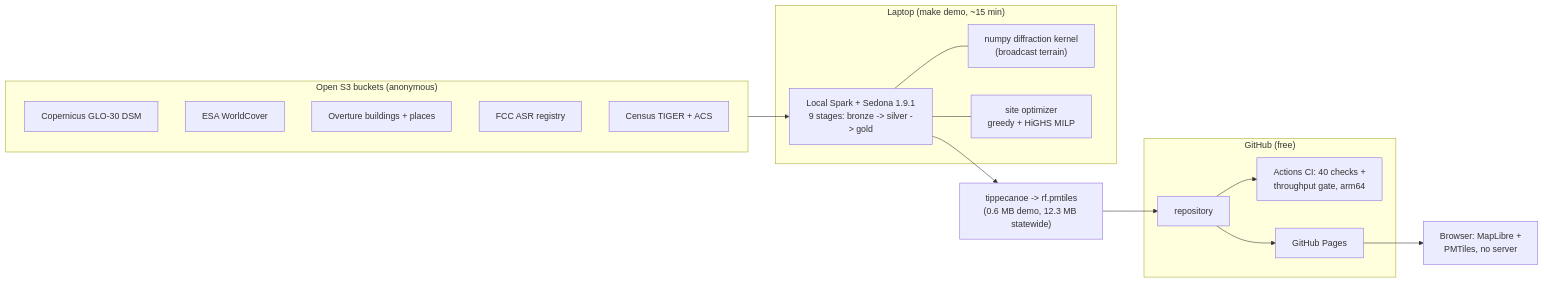
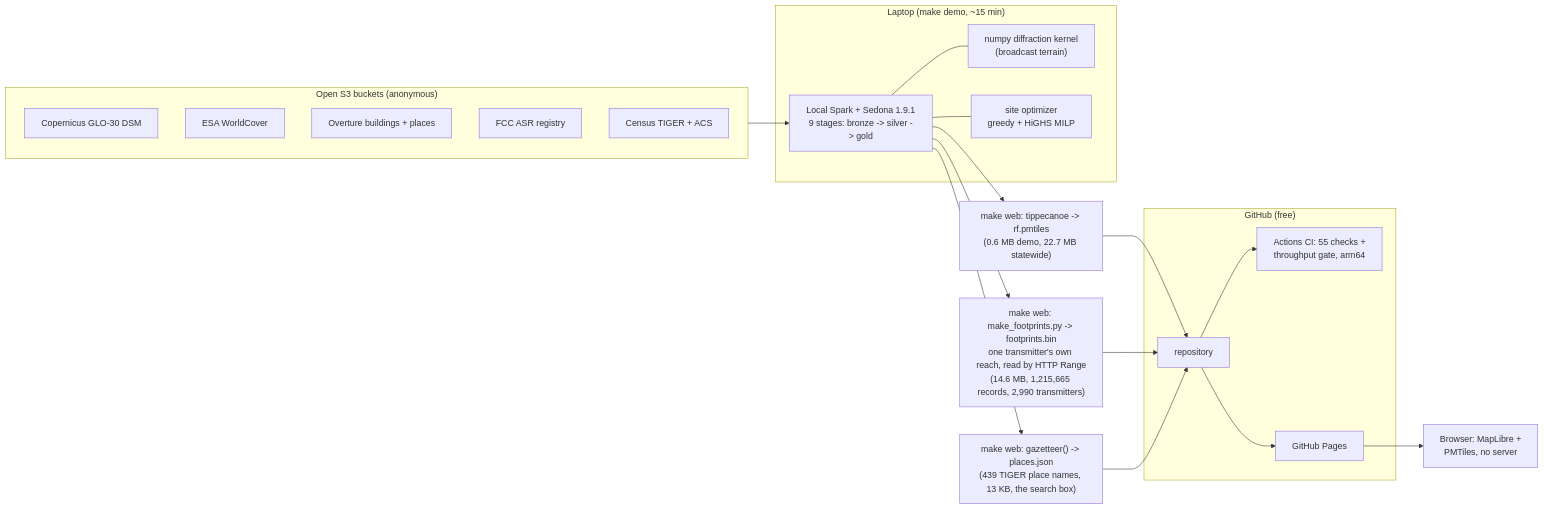
The first of 2 diagrams in README.md (owensross27/sedona-rf-coverage), drawn with Mermaid before and after one commit. The commit also changed other lines of this file and 6 other files, not shown here.

````diff
--- a/README.md
+++ b/README.md
@@ -217,29 +221,33 @@
 ```mermaid
 flowchart LR
     subgraph open["Open S3 buckets (anonymous)"]
         dem["Copernicus GLO-30 DSM"]
         wc["ESA WorldCover"]
         ov["Overture buildings + places"]
         fcc["FCC ASR registry"]
         acs["Census TIGER + ACS"]
     end
     subgraph laptop["Laptop (make demo, ~15 min)"]
         spark["Local Spark + Sedona 1.9.1<br/>9 stages: bronze -> silver -> gold"]
         kernel["numpy diffraction kernel<br/>(broadcast terrain)"]
         opt["site optimizer<br/>greedy + HiGHS MILP"]
         spark --- kernel
         spark --- opt
     end
     subgraph gh["GitHub (free)"]
         repo["repository"]
-        ci["Actions CI: 40 checks +<br/>throughput gate, arm64"]
+        ci["Actions CI: 55 checks +<br/>throughput gate, arm64"]
         pages["GitHub Pages"]
     end
     browser["Browser: MapLibre +<br/>PMTiles, no server"]
     open --> spark
-    spark --> tiles["tippecanoe -> rf.pmtiles<br/>(0.6 MB demo, 12.3 MB statewide)"]
+    spark --> tiles["make web: tippecanoe -> rf.pmtiles<br/>(0.6 MB demo, 22.7 MB statewide)"]
+    spark --> foot["make web: make_footprints.py -> footprints.bin<br/>one transmitter's own reach, read by HTTP Range<br/>(14.6 MB, 1,215,665 records, 2,990 transmitters)"]
+    spark --> gaz["make web: gazetteer() -> places.json<br/>(439 TIGER place names, 13 KB, the search box)"]
     tiles --> repo
+    foot --> repo
+    gaz --> repo
     repo --> ci
     repo --> pages
     pages --> browser
 ```
````
